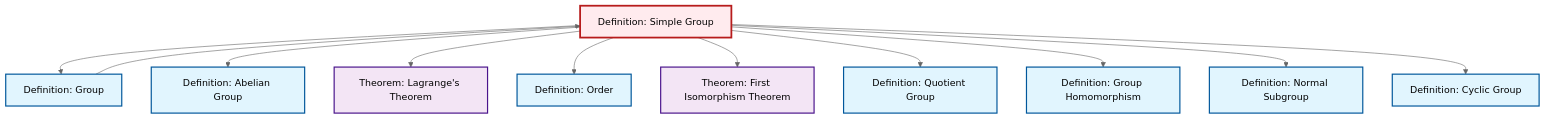
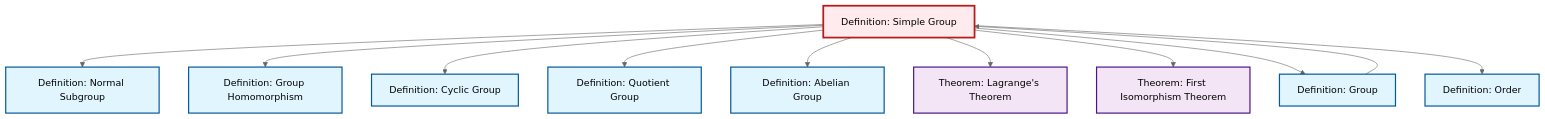
The diagram in content/ja/algebra/def-simple-group.qmd (RK0429/ModernMath), drawn with Mermaid (neutral theme) before and after one commit. The commit also changed other lines of this file and 597 other files, not shown here.

````diff
--- a/content/ja/algebra/def-simple-group.qmd
+++ b/content/ja/algebra/def-simple-group.qmd
@@ -96,39 +96,39 @@
 ```{mermaid}
 %%| fig-cap: "Local dependency graph"
 graph TD
     classDef definition fill:#e1f5fe,stroke:#01579b,stroke-width:2px
     classDef theorem fill:#f3e5f5,stroke:#4a148c,stroke-width:2px
     classDef axiom fill:#fff3e0,stroke:#e65100,stroke-width:2px
     classDef example fill:#e8f5e9,stroke:#1b5e20,stroke-width:2px
     classDef current fill:#ffebee,stroke:#b71c1c,stroke-width:3px
+    thm-lagrange["Theorem: Lagrange's Theorem"]:::theorem
+    def-cyclic-group["Definition: Cyclic Group"]:::definition
+    def-order["Definition: Order"]:::definition
     def-simple-group["Definition: Simple Group"]:::definition
-    def-order["Definition: Order"]:::definition
-    def-quotient-group["Definition: Quotient Group"]:::definition
-    thm-lagrange["Theorem: Lagrange's Theorem"]:::theorem
-    def-abelian-group["Definition: Abelian Group"]:::definition
-    def-cyclic-group["Definition: Cyclic Group"]:::definition
-    def-group["Definition: Group"]:::definition
-    thm-first-isomorphism["Theorem: First Isomorphism Theorem"]:::theorem
     def-homomorphism["Definition: Group Homomorphism"]:::definition
     def-normal-subgroup["Definition: Normal Subgroup"]:::definition
-    def-simple-group --> def-group
+    def-quotient-group["Definition: Quotient Group"]:::definition
+    def-abelian-group["Definition: Abelian Group"]:::definition
+    thm-first-isomorphism["Theorem: First Isomorphism Theorem"]:::theorem
+    def-group["Definition: Group"]:::definition
+    def-simple-group --> def-normal-subgroup
+    def-simple-group --> def-homomorphism
+    def-simple-group --> def-cyclic-group
+    def-simple-group --> def-quotient-group
     def-simple-group --> def-abelian-group
     def-simple-group --> thm-lagrange
+    def-simple-group --> thm-first-isomorphism
+    def-simple-group --> def-group
+    def-group --> def-simple-group
     def-simple-group --> def-order
-    def-simple-group --> thm-first-isomorphism
-    def-simple-group --> def-quotient-group
-    def-simple-group --> def-homomorphism
-    def-simple-group --> def-normal-subgroup
-    def-group --> def-simple-group
-    def-simple-group --> def-cyclic-group
     class def-simple-group current
+    click thm-lagrange "thm-lagrange.html" "Theorem: Lagrange's Theoremへ"
+    click def-cyclic-group "def-cyclic-group.html" "Definition: Cyclic Groupへ"
     click def-order "def-order.html" "Definition: Orderへ"
-    click def-quotient-group "def-quotient-group.html" "Definition: Quotient Groupへ"
-    click thm-lagrange "thm-lagrange.html" "Theorem: Lagrange's Theoremへ"
-    click def-abelian-group "def-abelian-group.html" "Definition: Abelian Groupへ"
-    click def-cyclic-group "def-cyclic-group.html" "Definition: Cyclic Groupへ"
-    click def-group "def-group.html" "Definition: Groupへ"
-    click thm-first-isomorphism "thm-first-isomorphism.html" "Theorem: First Isomorphism Theoremへ"
     click def-homomorphism "def-homomorphism.html" "Definition: Group Homomorphismへ"
     click def-normal-subgroup "def-normal-subgroup.html" "Definition: Normal Subgroupへ"
+    click def-quotient-group "def-quotient-group.html" "Definition: Quotient Groupへ"
+    click def-abelian-group "def-abelian-group.html" "Definition: Abelian Groupへ"
+    click thm-first-isomorphism "thm-first-isomorphism.html" "Theorem: First Isomorphism Theoremへ"
+    click def-group "def-group.html" "Definition: Groupへ"
 ```
````
